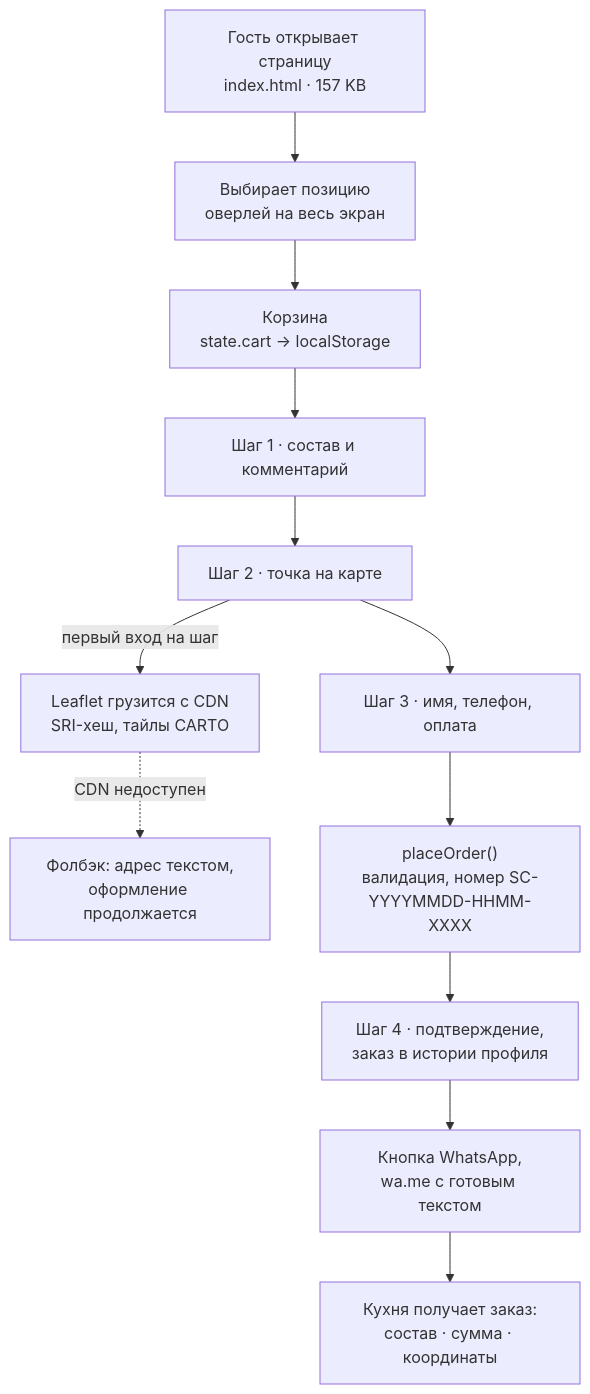
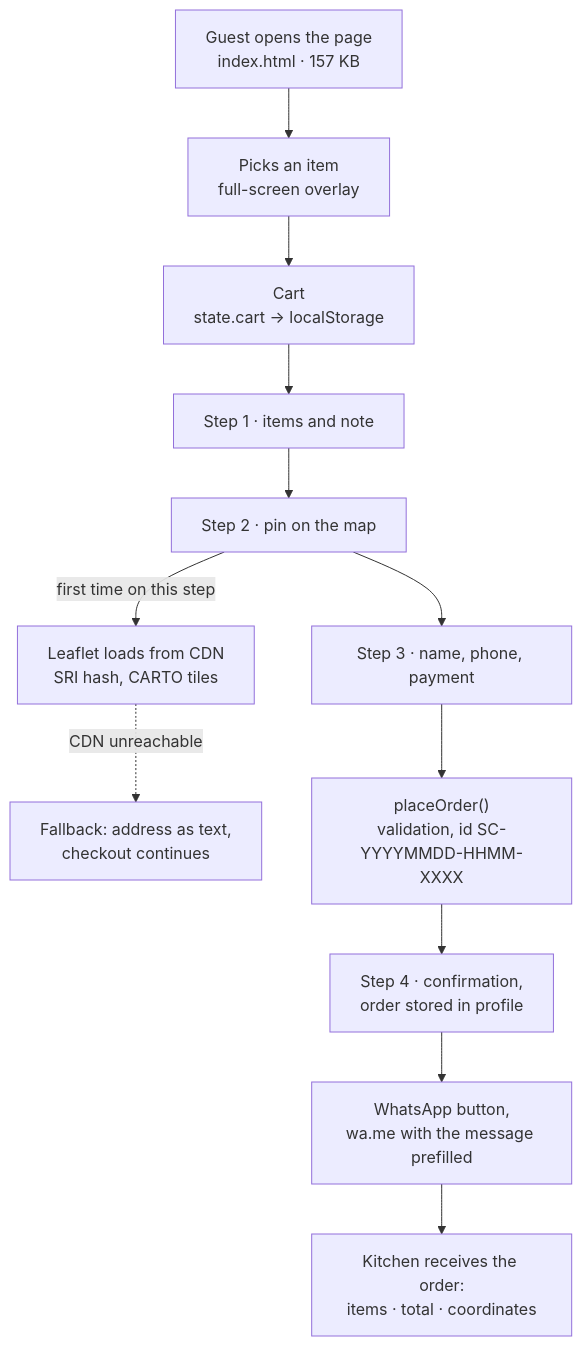
One commit to raphsoundmix-ctrl/sushi-clan-site changed the diagram in README.md. Above: the diagram before and after it, drawn with Mermaid. The commit also changed other lines of this file and 5 other files, not shown here.

````diff
--- a/README.md
+++ b/README.md
@@ -83,14 +82,14 @@
 ```mermaid
 flowchart TD
-    A["Гость открывает страницу<br/>index.html · 157 KB"] --> B["Выбирает позицию<br/>оверлей на весь экран"]
-    B --> C["Корзина<br/>state.cart → localStorage"]
-    C --> D["Шаг 1 · состав и комментарий"]
-    D --> E["Шаг 2 · точка на карте"]
-    E -->|"первый вход на шаг"| L["Leaflet грузится с CDN<br/>SRI-хеш, тайлы CARTO"]
-    L -.->|"CDN недоступен"| F["Фолбэк: адрес текстом,<br/>оформление продолжается"]
-    E --> G["Шаг 3 · имя, телефон, оплата"]
-    G --> H["placeOrder()<br/>валидация, номер SC-YYYYMMDD-HHMM-XXXX"]
-    H --> I["Шаг 4 · подтверждение,<br/>заказ в истории профиля"]
-    I --> J["Кнопка WhatsApp,<br/>wa.me с готовым текстом"]
-    J --> K["Кухня получает заказ:<br/>состав · сумма · координаты"]
+    A["Guest opens the page<br/>index.html · 157 KB"] --> B["Picks an item<br/>full-screen overlay"]
+    B --> C["Cart<br/>state.cart → localStorage"]
+    C --> D["Step 1 · items and note"]
+    D --> E["Step 2 · pin on the map"]
+    E -->|"first time on this step"| L["Leaflet loads from CDN<br/>SRI hash, CARTO tiles"]
+    L -.->|"CDN unreachable"| F["Fallback: address as text,<br/>checkout continues"]
+    E --> G["Step 3 · name, phone, payment"]
+    G --> H["placeOrder()<br/>validation, id SC-YYYYMMDD-HHMM-XXXX"]
+    H --> I["Step 4 · confirmation,<br/>order stored in profile"]
+    I --> J["WhatsApp button,<br/>wa.me with the message prefilled"]
+    J --> K["Kitchen receives the order:<br/>items · total · coordinates"]
 ```
````
